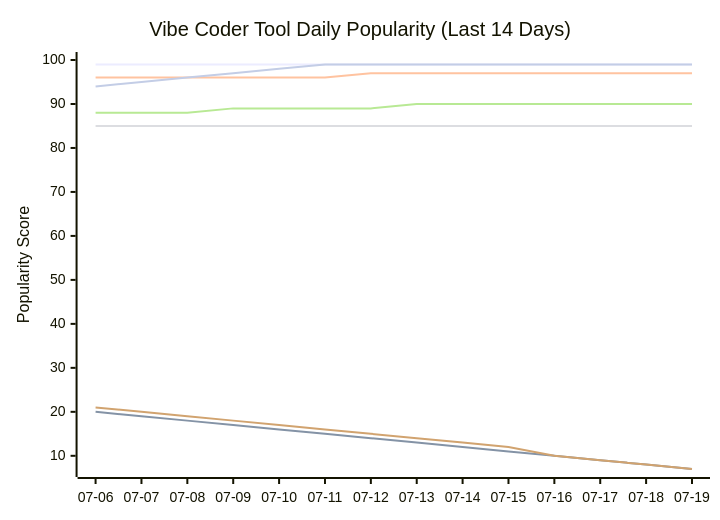
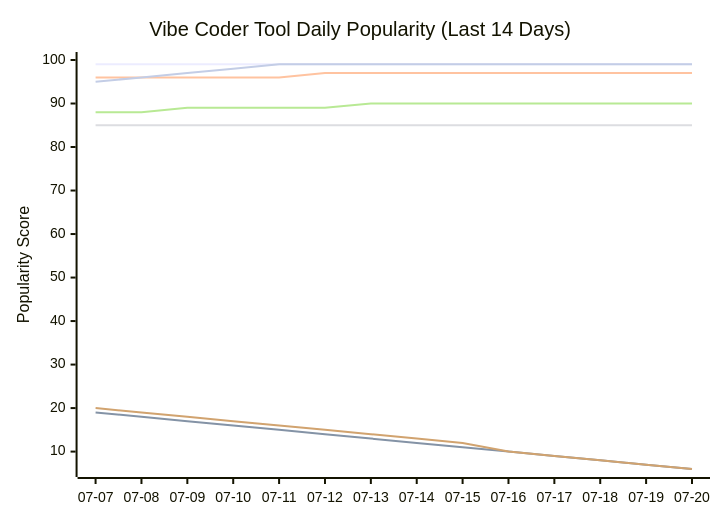
One commit to tykimos/ai-whatchelin changed the seventh of 11 diagrams in README.md. Above: the diagram before and after it, drawn with Mermaid. The commit also changed other lines of this file and 4 other files, not shown here.

````diff
--- a/README.md
+++ b/README.md
@@ -2014,13 +2014,13 @@
 ```mermaid
 xychart-beta
     title "Vibe Coder Tool Daily Popularity (Last 14 Days)"
-    x-axis ["07-06", "07-07", "07-08", "07-09", "07-10", "07-11", "07-12", "07-13", "07-14", "07-15", "07-16", "07-17", "07-18", "07-19"]
-    y-axis "Popularity Score" 7 --> 100
+    x-axis ["07-07", "07-08", "07-09", "07-10", "07-11", "07-12", "07-13", "07-14", "07-15", "07-16", "07-17", "07-18", "07-19", "07-20"]
+    y-axis "Popularity Score" 6 --> 100
     line "Claude Code" [99, 99, 99, 99, 99, 99, 99, 99, 99, 99, 99, 99, 99, 99]
-    line "GH Copilot" [20, 19, 18, 17, 16, 15, 14, 13, 12, 11, 10, 9, 8, 7]
-    line "Cursor" [96, 96, 96, 96, 96, 96, 97, 97, 97, 97, 97, 97, 97, 97]
+    line "GH Copilot" [19, 18, 17, 16, 15, 14, 13, 12, 11, 10, 9, 8, 7, 6]
+    line "Cursor" [96, 96, 96, 96, 96, 97, 97, 97, 97, 97, 97, 97, 97, 97]
     line "Windsurf" [85, 85, 85, 85, 85, 85, 85, 85, 85, 85, 85, 85, 85, 85]
-    line "Codex CLI" [88, 88, 88, 89, 89, 89, 89, 90, 90, 90, 90, 90, 90, 90]
-    line "Gemini CLI" [21, 20, 19, 18, 17, 16, 15, 14, 13, 12, 10, 9, 8, 7]
-    line "Antigravity" [94, 95, 96, 97, 98, 99, 99, 99, 99, 99, 99, 99, 99, 99]
+    line "Codex CLI" [88, 88, 89, 89, 89, 89, 90, 90, 90, 90, 90, 90, 90, 90]
+    line "Gemini CLI" [20, 19, 18, 17, 16, 15, 14, 13, 12, 10, 9, 8, 7, 6]
+    line "Antigravity" [95, 96, 97, 98, 99, 99, 99, 99, 99, 99, 99, 99, 99, 99]
 ```
````
